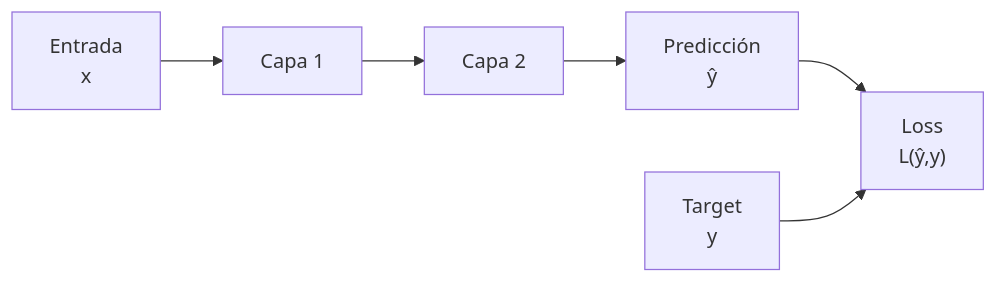
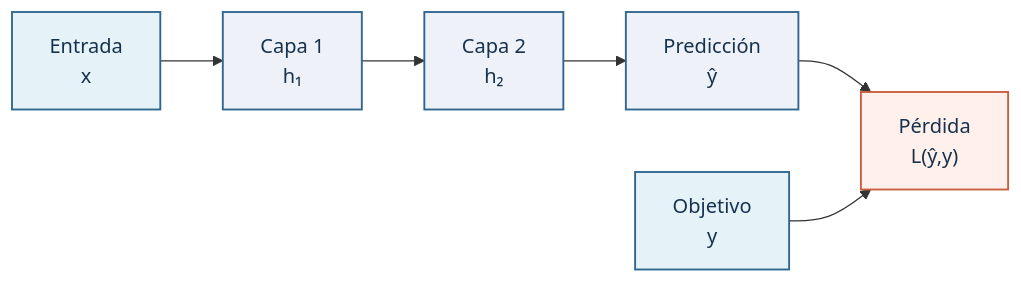
The seventh of 13 diagrams in unidad1/clase2.qmd (ignacio-scarinci/ia-fisica-medica), drawn with Mermaid before and after one commit. The commit also changed other lines of this file and 61 other files, not shown here.

````diff
--- a/unidad1/clase2.qmd
+++ b/unidad1/clase2.qmd
@@ -1007,10 +1052,17 @@
 ```{mermaid}
 %%| echo: false
 
 flowchart LR
-    X["Entrada<br/>x"] --> L1["Capa 1"]
-    L1 --> L2["Capa 2"]
+    X["Entrada<br/>x"] --> L1["Capa 1<br/>h₁"]
+    L1 --> L2["Capa 2<br/>h₂"]
     L2 --> O["Predicción<br/>ŷ"]
-    O --> LOSS["Loss<br/>L(ŷ,y)"]
-    Y["Target<br/>y"] --> LOSS
+    O --> LOSS["Pérdida<br/>L(ŷ,y)"]
+    Y["Objetivo<br/>y"] --> LOSS
+
+    classDef data fill:#e5f3f8,stroke:#2f6690,stroke-width:1.5px,color:#17324d;
+    classDef model fill:#eef1f8,stroke:#2f6690,stroke-width:1.5px,color:#17324d;
+    classDef loss fill:#fff0eb,stroke:#c95d3e,stroke-width:1.5px,color:#17324d;
+    class X,Y data;
+    class L1,L2,O model;
+    class LOSS loss;
 ```
````
